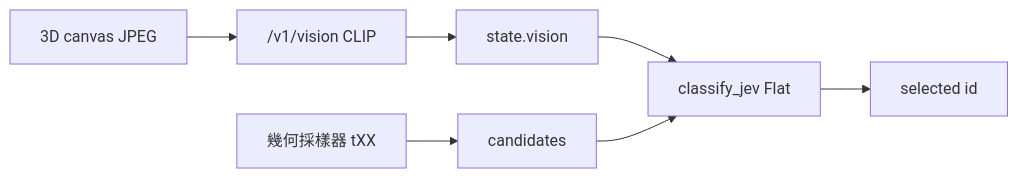
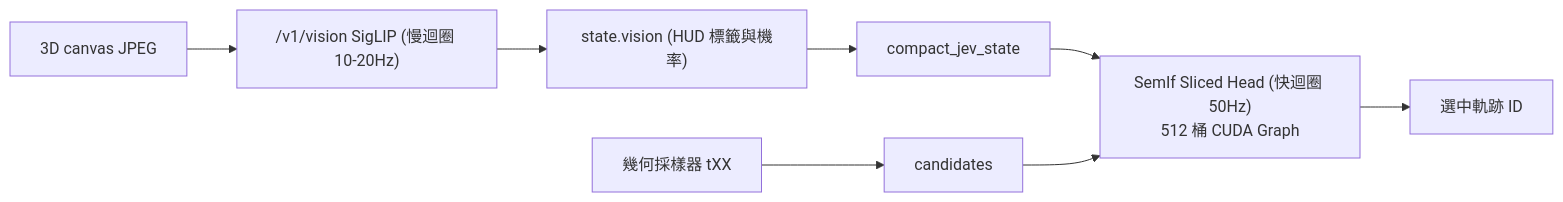
The diagram in docs/tutorials/12_jevpilot_vision.md (EndeavorYen/SemArbiter), drawn with Mermaid before and after one commit. The commit also changed other lines of this file and 18 other files, not shown here.

````diff
--- a/docs/tutorials/12_jevpilot_vision.md
+++ b/docs/tutorials/12_jevpilot_vision.md
@@ -37,9 +39,10 @@
 ```mermaid
 flowchart LR
-    Canvas["3D canvas JPEG"] --> Vision["/v1/vision CLIP"]
-    Vision --> Evidence["state.vision"]
+    Canvas["3D canvas JPEG"] --> Vision["/v1/vision SigLIP (慢迴圈 10-20Hz)"]
+    Vision --> Evidence["state.vision (HUD 標籤與機率)"]
     Sampler["幾何採樣器 tXX"] --> Cands["candidates"]
-    Evidence --> SemIf
-    Cands --> SemIf["classify_jev Flat"]
-    SemIf --> Pick["selected id"]
+    Evidence --> State["compact_jev_state"]
+    State --> SemIf["SemIf Sliced Head (快迴圈 50Hz)<br/>512 桶 CUDA Graph"]
+    Cands --> SemIf
+    SemIf --> Pick["選中軌跡 ID"]
 ```
````
